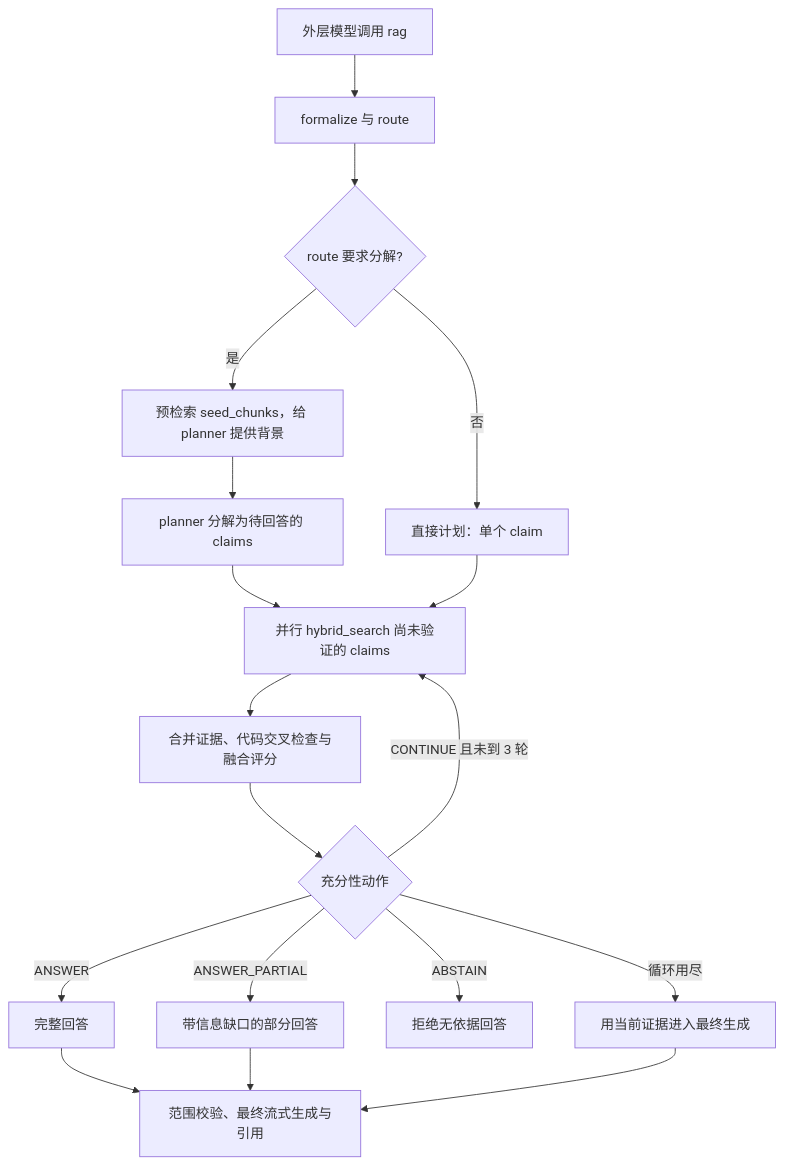
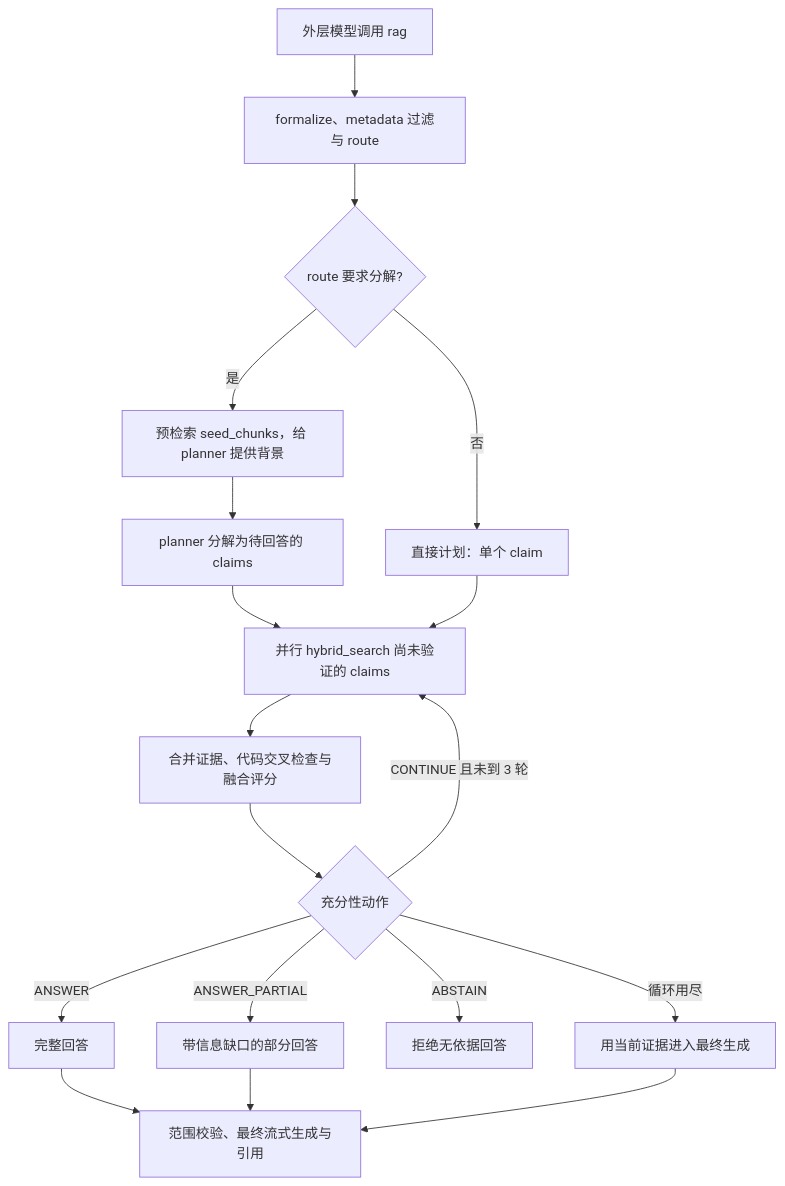
One commit to ZYF77/TYrag changed the fourth of 7 diagrams in docs/rag-current-guide.md. Above: the diagram before and after it, drawn with Mermaid. The commit also changed other lines of this file and 31 other files, not shown here.

````diff
--- a/docs/rag-current-guide.md
+++ b/docs/rag-current-guide.md
@@ -91,20 +89,20 @@
 ```mermaid
 flowchart TD
-  A[外层模型调用 rag] --> B[formalize 与 route]
+  A[外层模型调用 rag] --> B[formalize、metadata 过滤与 route]
   B --> C{route 要求分解?}
   C -->|是| D[预检索 seed_chunks，给 planner 提供背景]
   D --> E[planner 分解为待回答的 claims]
   C -->|否| F[直接计划：单个 claim]
   E --> G[并行 hybrid_search 尚未验证的 claims]
   F --> G
   G --> H[合并证据、代码交叉检查与融合评分]
   H --> I{充分性动作}
   I -->|ANSWER| J[完整回答]
   I -->|ANSWER_PARTIAL| K[带信息缺口的部分回答]
   I -->|ABSTAIN| L[拒绝无依据回答]
   I -->|CONTINUE 且未到 3 轮| G
   I -->|循环用尽| M[用当前证据进入最终生成]
   J --> N[范围校验、最终流式生成与引用]
   K --> N
   M --> N
 ```
````
